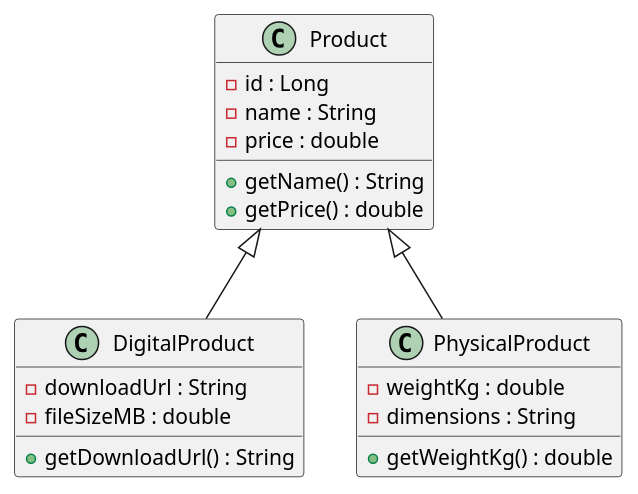
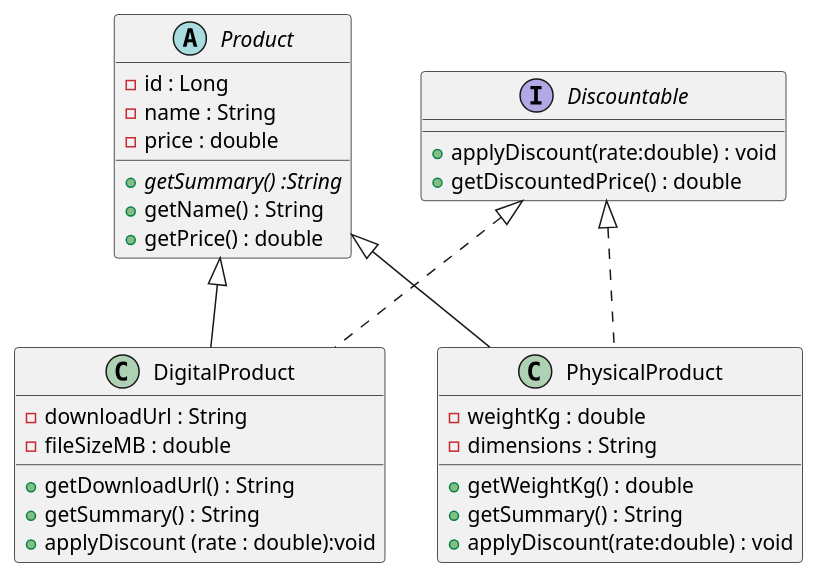
The diagram in ProductDiagram.puml (sharifah-fsn/products-api-tutorial1), drawn with PlantUML before and after one commit. The commit also changed 6 other files, not shown here.

Commit message:
Tutorial 5: polymorphism — getSummary override and Discountable interface

```diff
--- a/ProductDiagram.puml
+++ b/ProductDiagram.puml
@@ -1,22 +1,35 @@
 @startuml
-class Product {
+abstract class Product {
 - id : Long
 - name : String
 - price : double
++{abstract} getSummary() :String
 + getName() : String
 + getPrice() : double
+}
+interface Discountable{
++applyDiscount(rate:double) : void
++getDiscountedPrice() : double
 }
 class DigitalProduct {
 - downloadUrl : String
 - fileSizeMB : double
 + getDownloadUrl() : String
++getSummary() : String
++applyDiscount (rate : double):void
 }
 class PhysicalProduct {
 - weightKg : double
 - dimensions : String
 + getWeightKg() : double
++getSummary() : String
++applyDiscount(rate:double) : void
 }
 ' <|-- is the inheritance arrow. The PARENT goes on the left.
+'<|-- generalisation (extends) : SOLID line
 Product <|-- DigitalProduct
 Product <|-- PhysicalProduct
+'<|..realisation (implements): DASHED line
+Discountable <|.. DigitalProduct
+Discountable <|.. PhysicalProduct
 @enduml
```
